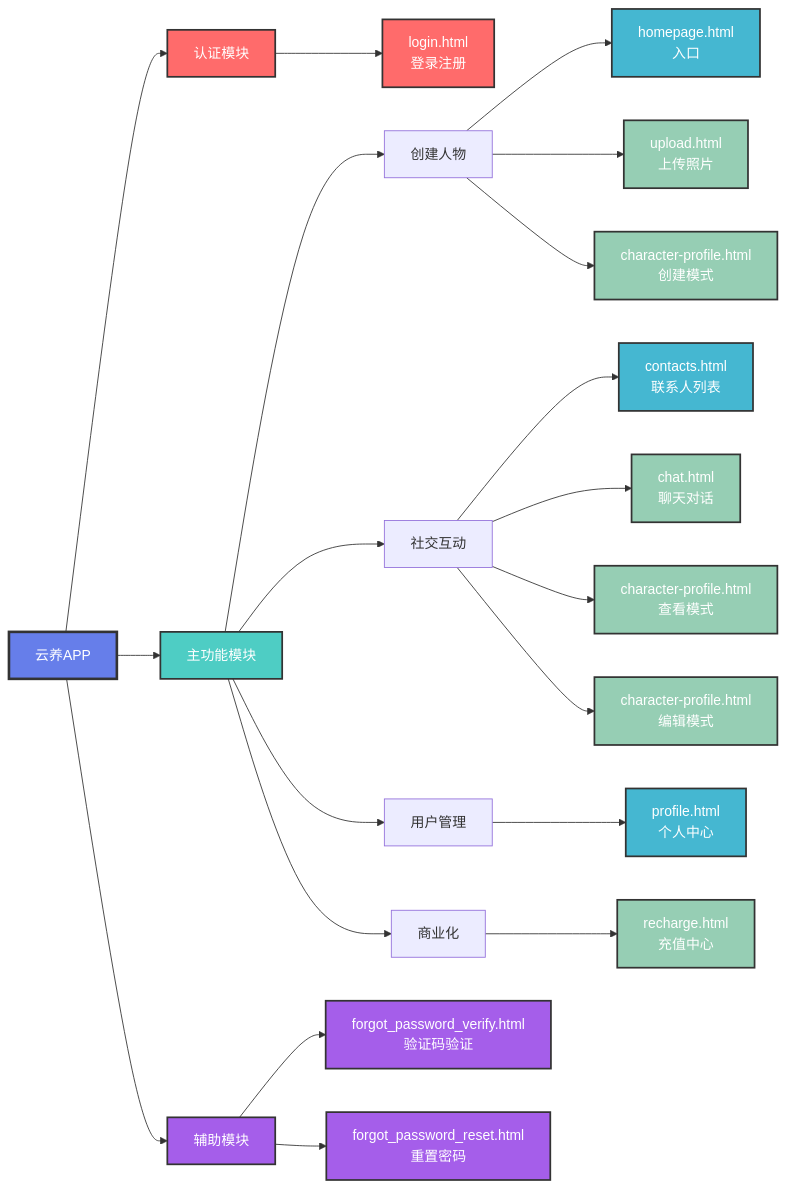
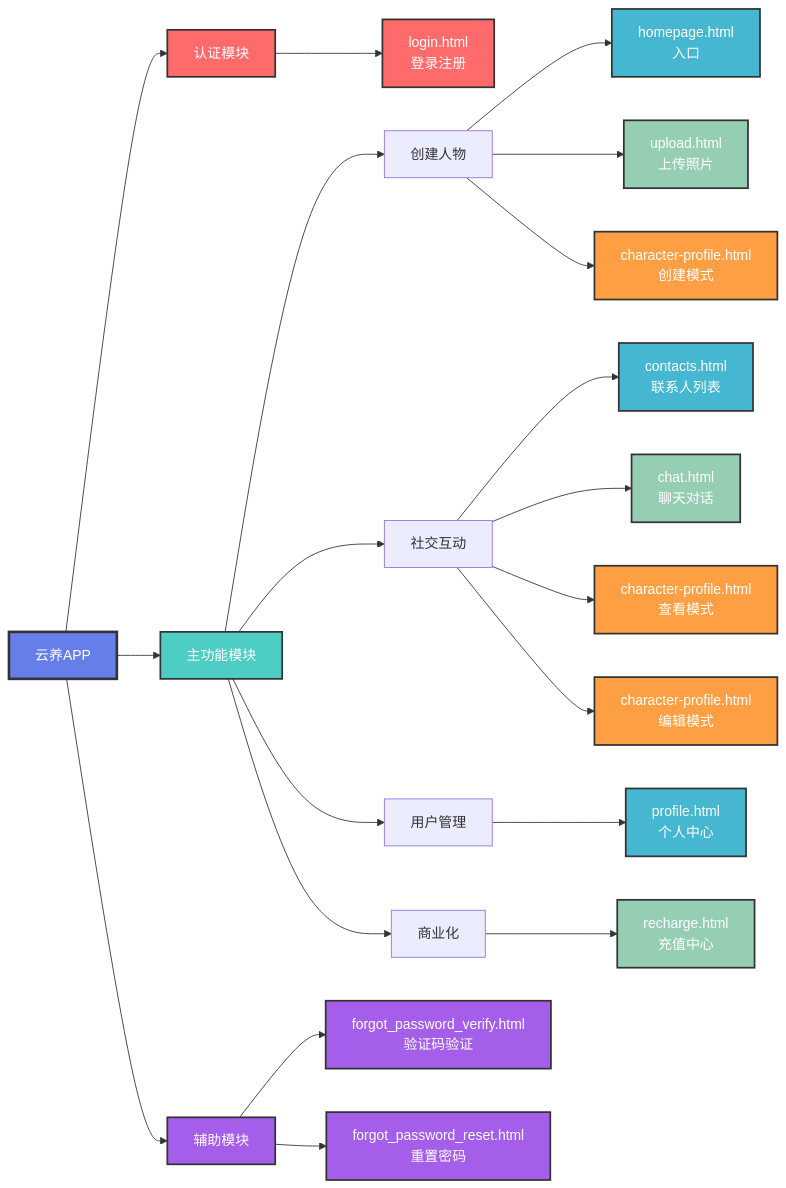
The second of 2 diagrams in 页面层级图.md (Cynthiafu9508/Yunyang), drawn with Mermaid before and after one commit. The commit also changed other lines of this file, not shown here.

Commit message:
fix: 区分聊天页面和人物档案页面颜色
层级颜色重新分配：
- Level 0 (认证层): 红色系 - login.html, forgot_password_*.html
- Level 1 (主导航层): 蓝色系 - homepage.html, contacts.html, profile.html
- Level 2 (功能层): 绿色系 - upload.html, chat.html, recharge.html
- Level 3 (详情层): 橙色系 - character-profile.html (所有模式)

修正说明：
- 聊天页面和人物档案页面现在使用不同颜色
- 人物档案页面作为详情层，使用橙色系
- 层级关系更加清晰和合理

````diff
--- a/页面层级图.md
+++ b/页面层级图.md
@@ -59,46 +59,46 @@
 ```mermaid
 graph LR
     Root[云养APP] --> Auth[认证模块]
     Root --> Main[主功能模块]
     Root --> Assist[辅助模块]
     
     Auth --> A1[login.html<br/>登录注册]
     
     Main --> M1[创建人物]
     Main --> M2[社交互动]
     Main --> M3[用户管理]
     Main --> M4[商业化]
     
     M1 --> M1A[homepage.html<br/>入口]
     M1 --> M1B[upload.html<br/>上传照片]
     M1 --> M1C[character-profile.html<br/>创建模式]
     
     M2 --> M2A[contacts.html<br/>联系人列表]
     M2 --> M2B[chat.html<br/>聊天对话]
     M2 --> M2C[character-profile.html<br/>查看模式]
     M2 --> M2D[character-profile.html<br/>编辑模式]
     
     M3 --> M3A[profile.html<br/>个人中心]
     
     M4 --> M4A[recharge.html<br/>充值中心]
     
     Assist --> AS1[forgot_password_verify.html<br/>验证码验证]
     Assist --> AS2[forgot_password_reset.html<br/>重置密码]
     
     style Root fill:#667eea,stroke:#333,stroke-width:3px,color:#fff
     style Auth fill:#ff6b6b,stroke:#333,stroke-width:2px,color:#fff
     style Main fill:#4ecdc4,stroke:#333,stroke-width:2px,color:#fff
     style Assist fill:#a55eea,stroke:#333,stroke-width:2px,color:#fff
     style A1 fill:#ff6b6b,stroke:#333,stroke-width:2px,color:#fff
     style M1A fill:#45b7d1,stroke:#333,stroke-width:2px,color:#fff
     style M1B fill:#96ceb4,stroke:#333,stroke-width:2px,color:#fff
-    style M1C fill:#96ceb4,stroke:#333,stroke-width:2px,color:#fff
+    style M1C fill:#ff9f43,stroke:#333,stroke-width:2px,color:#fff
     style M2A fill:#45b7d1,stroke:#333,stroke-width:2px,color:#fff
     style M2B fill:#96ceb4,stroke:#333,stroke-width:2px,color:#fff
-    style M2C fill:#96ceb4,stroke:#333,stroke-width:2px,color:#fff
-    style M2D fill:#96ceb4,stroke:#333,stroke-width:2px,color:#fff
+    style M2C fill:#ff9f43,stroke:#333,stroke-width:2px,color:#fff
+    style M2D fill:#ff9f43,stroke:#333,stroke-width:2px,color:#fff
     style M3A fill:#45b7d1,stroke:#333,stroke-width:2px,color:#fff
     style M4A fill:#96ceb4,stroke:#333,stroke-width:2px,color:#fff
     style AS1 fill:#a55eea,stroke:#333,stroke-width:2px,color:#fff
     style AS2 fill:#a55eea,stroke:#333,stroke-width:2px,color:#fff
 ```
````
